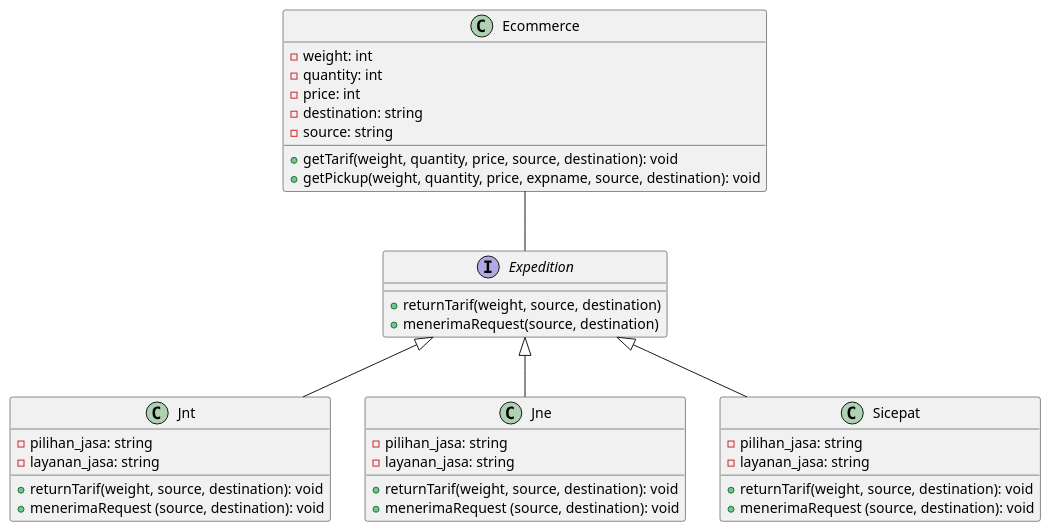
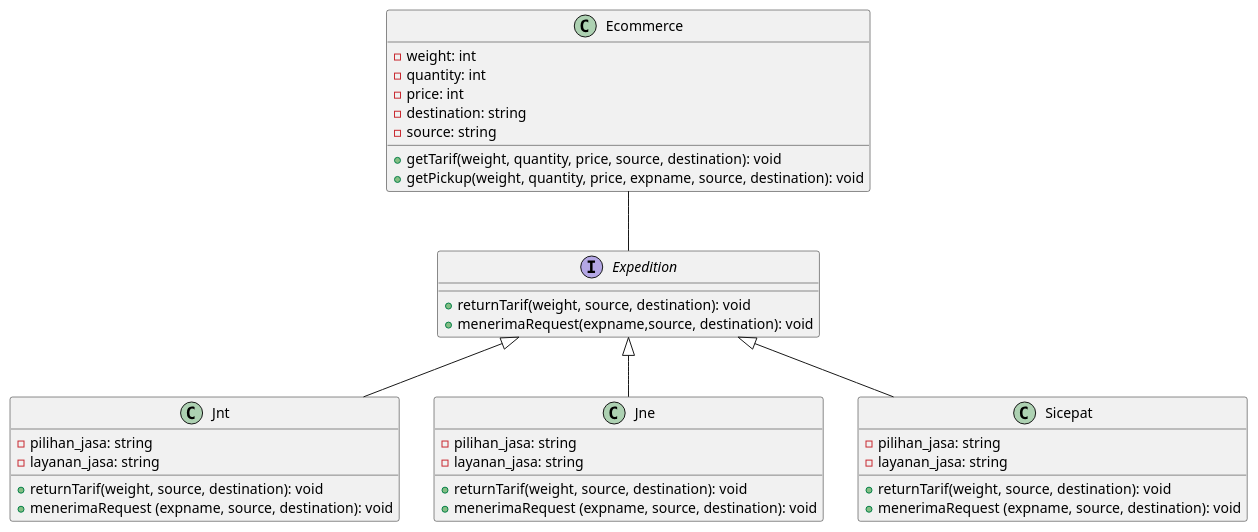
Before and after one commit to farhanzakiputra/pbpu-a-2022: the diagram in Kelompok 3/main.puml, drawn with PlantUML.

```diff
--- a/Kelompok 3/main.puml
+++ b/Kelompok 3/main.puml
@@ -1,46 +1,46 @@
 @startuml Main
 
 Ecommerce --  Expedition
 Expedition <|-- Jnt
 Expedition <|-- Jne
 Expedition <|-- Sicepat
 class Ecommerce {
     - weight: int
     - quantity: int
     - price: int
     - destination: string
     - source: string
     + getTarif(weight, quantity, price, source, destination): void
     + getPickup(weight, quantity, price, expname, source, destination): void
 }
 
 interface Expedition {
-    +returnTarif(weight, source, destination)
-    +menerimaRequest(source, destination)
+    + returnTarif(weight, source, destination): void
+    + menerimaRequest(expname,source, destination): void
 }
 
 class Jne {
     - pilihan_jasa: string
     - layanan_jasa: string
     + returnTarif(weight, source, destination): void
-    + menerimaRequest (source, destination): void
+    + menerimaRequest (expname, source, destination): void
 }
 
 class Jnt {
     - pilihan_jasa: string
     - layanan_jasa: string
     + returnTarif(weight, source, destination): void
-    + menerimaRequest (source, destination): void
+    + menerimaRequest (expname, source, destination): void
 }
 
 class Sicepat {
     - pilihan_jasa: string
     - layanan_jasa: string
     + returnTarif(weight, source, destination): void
-    + menerimaRequest (source, destination): void
+    + menerimaRequest (expname, source, destination): void
 }
 
 
 
 
 @enduml
```
